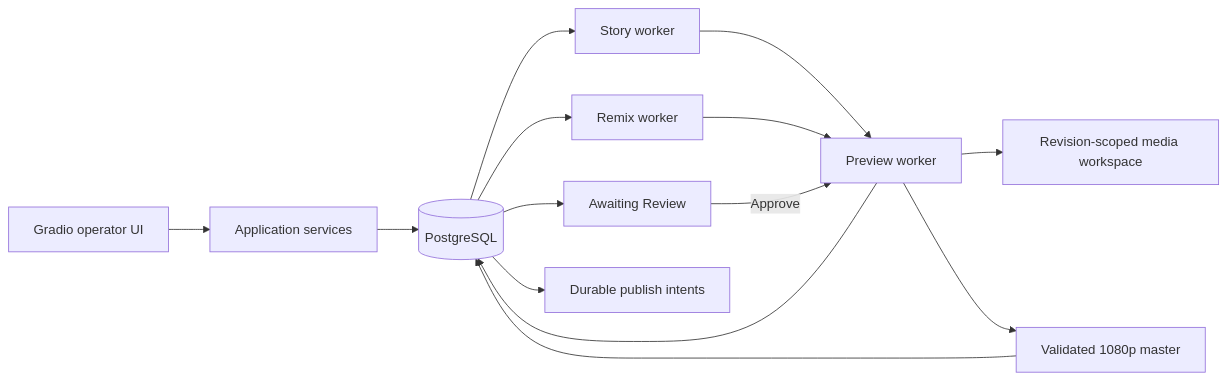
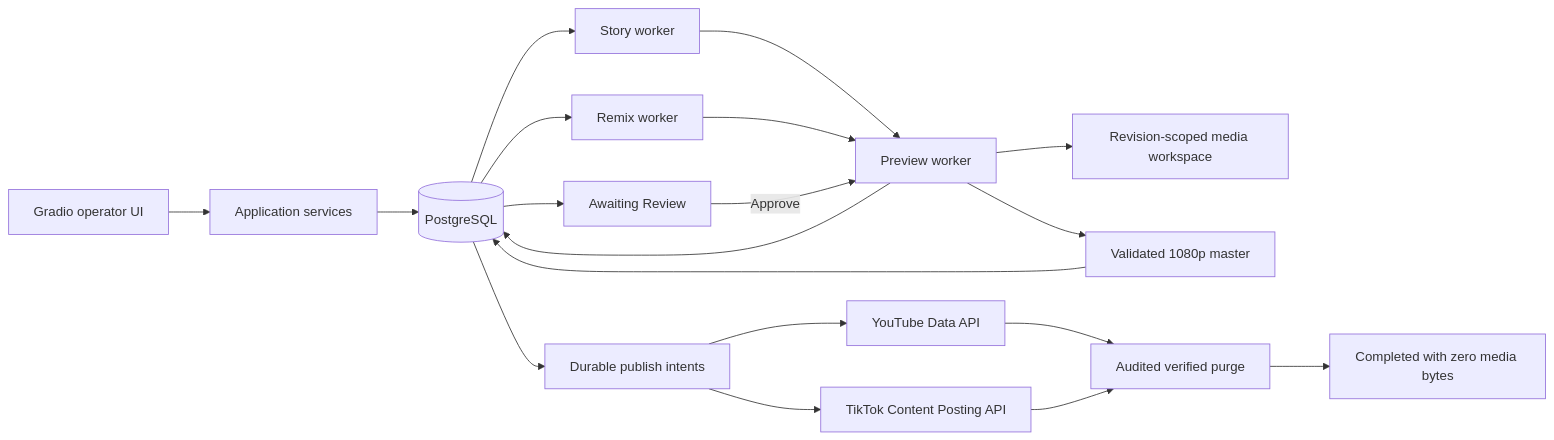
One commit to vanbui-2705/VideoOps-Studio changed the diagram in README.md. Above: the diagram before and after it, drawn with Mermaid. The commit also changed other lines of this file and 88 other files, not shown here.

````diff
--- a/README.md
+++ b/README.md
@@ -25,16 +28,21 @@
 ```mermaid
 flowchart LR
     UI[Gradio operator UI] --> APP[Application services]
     APP --> DB[(PostgreSQL)]
     DB --> SQ[Story worker]
     DB --> RQ[Remix worker]
     SQ --> PW[Preview worker]
     RQ --> PW
     PW --> FS[Revision-scoped media workspace]
     PW --> DB
     DB --> REVIEW[Awaiting Review]
     REVIEW -->|Approve| PW
     PW --> MASTER[Validated 1080p master]
     MASTER --> DB
     DB --> PUBLISH[Durable publish intents]
+    PUBLISH --> YT[YouTube Data API]
+    PUBLISH --> TT[TikTok Content Posting API]
+    YT --> PURGE[Audited verified purge]
+    TT --> PURGE
+    PURGE --> DONE[Completed with zero media bytes]
 ```
````
